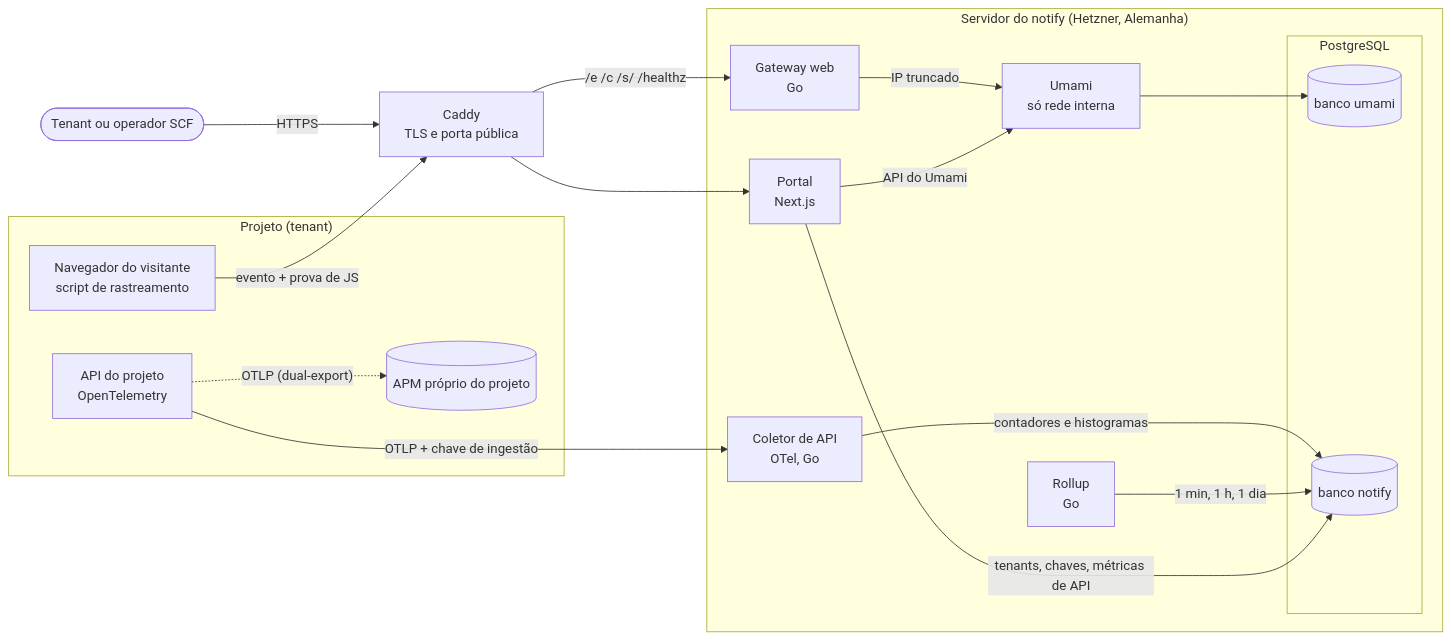
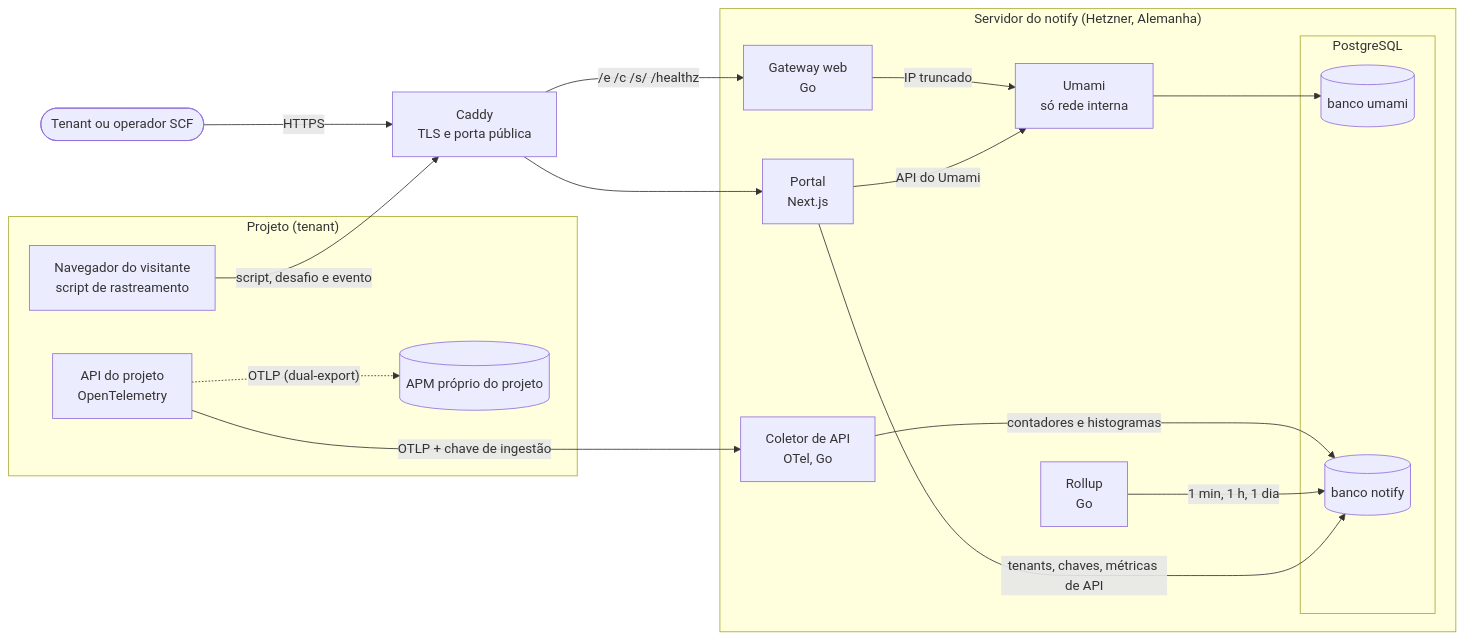
Before and after one commit to manucadev81/stellytics: the first of 3 diagrams in docs/arquitetura.md, drawn with Mermaid. The commit also changed other lines of this file and 1 other file, not shown here.

Commit message:
docs: address review of the architecture overview

````diff
--- a/docs/arquitetura.md
+++ b/docs/arquitetura.md
@@ -11,37 +11,37 @@
 ```mermaid
 flowchart LR
   subgraph tenant["Projeto (tenant)"]
     nav["Navegador do visitante<br/>script de rastreamento"]
     api["API do projeto<br/>OpenTelemetry"]
     apm[("APM próprio do projeto")]
   end
 
   pessoa(["Tenant ou operador SCF"])
 
   caddy["Caddy<br/>TLS e porta pública"]
 
   subgraph vm["Servidor do notify (Hetzner, Alemanha)"]
     portal["Portal<br/>Next.js"]
     gw["Gateway web<br/>Go"]
     umami["Umami<br/>só rede interna"]
     col["Coletor de API<br/>OTel, Go"]
     roll["Rollup<br/>Go"]
     subgraph pg["PostgreSQL"]
       dbu[("banco umami")]
       dbn[("banco notify")]
     end
   end
 
-  nav -->|"evento + prova de JS"| caddy
+  nav -->|"script, desafio e evento"| caddy
   api -->|"OTLP + chave de ingestão"| col
   api -.->|"OTLP (dual-export)"| apm
   pessoa -->|"HTTPS"| caddy
   caddy -->|"/e /c /s/ /healthz"| gw
   caddy --> portal
   gw -->|"IP truncado"| umami
   umami --> dbu
   col -->|"contadores e histogramas"| dbn
   roll -->|"1 min, 1 h, 1 dia"| dbn
   portal -->|"API do Umami"| umami
   portal -->|"tenants, chaves, métricas de API"| dbn
 ```
````
